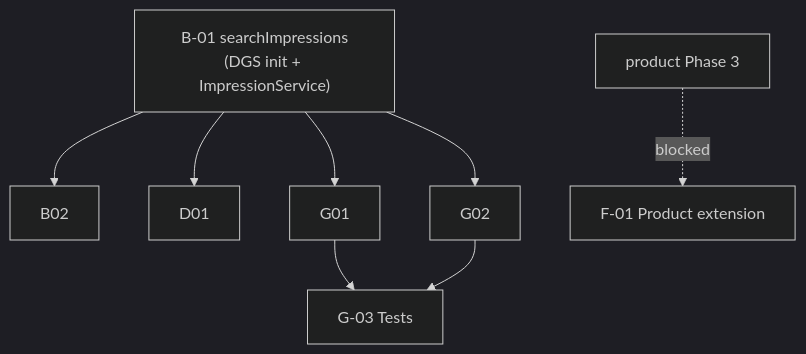
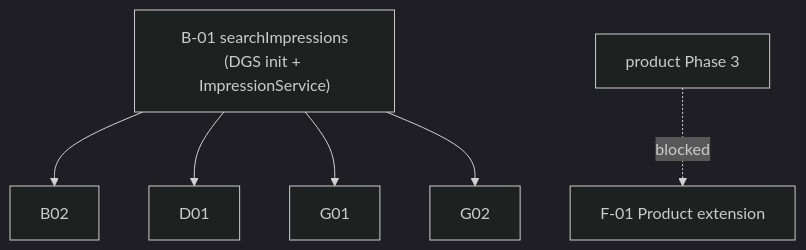
Before and after one commit to SarithaMathai/migration: the diagram in output/analysis/impression/be-04-stories.md, drawn with Mermaid (dark theme). The commit also changed other lines of this file and 152 other files, not shown here.

````diff
--- a/output/analysis/impression/be-04-stories.md
+++ b/output/analysis/impression/be-04-stories.md
@@ -28,7 +28,5 @@
 ```mermaid
 graph TD
   B01["B-01 searchImpressions\n(DGS init + ImpressionService)"] --> B02 & D01 & G01 & G02
-  G01 --> G03[G-03 Tests]
-  G02 --> G03
   PROD[product Phase 3] -.blocked.-> F01[F-01 Product extension]
 ```
````
